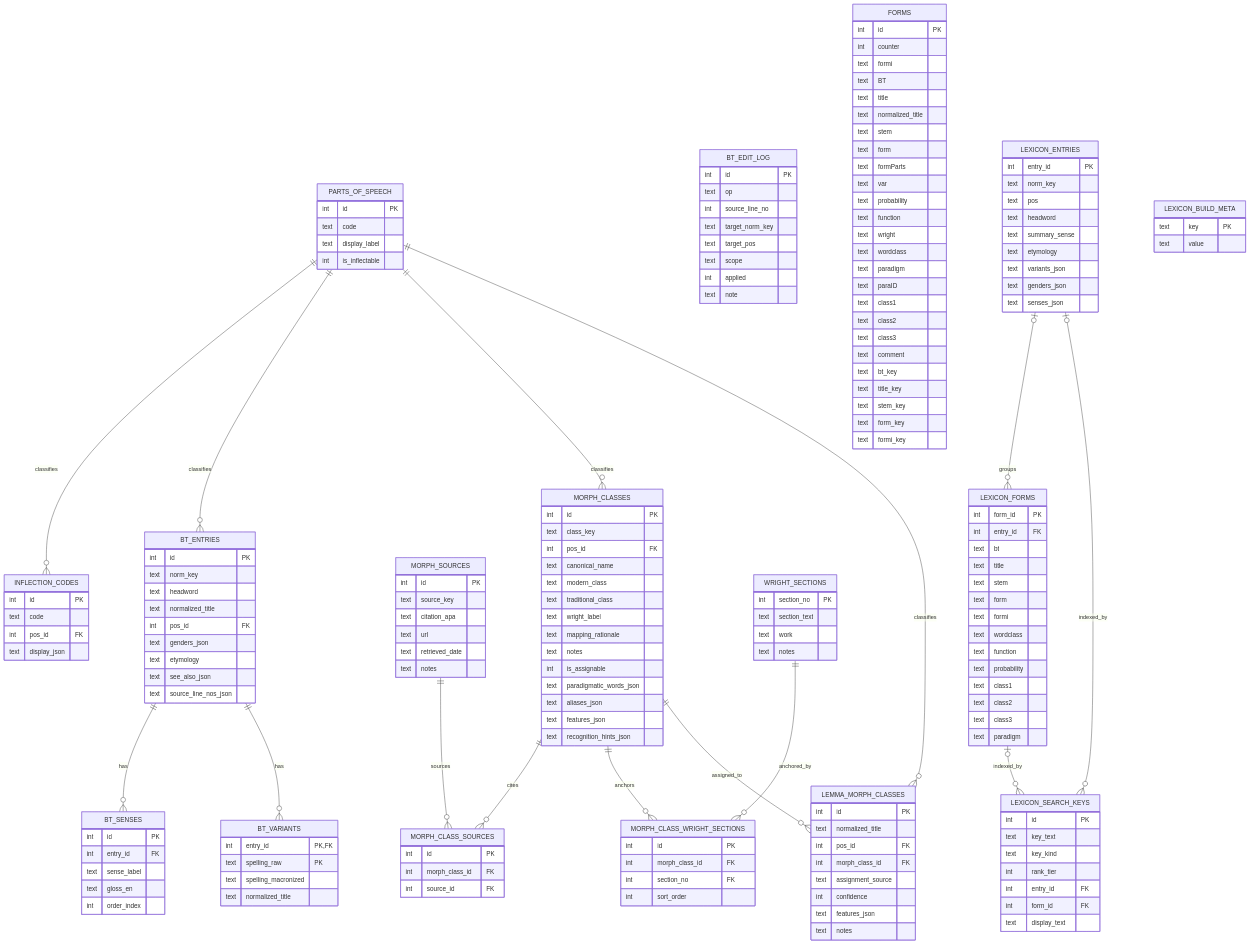
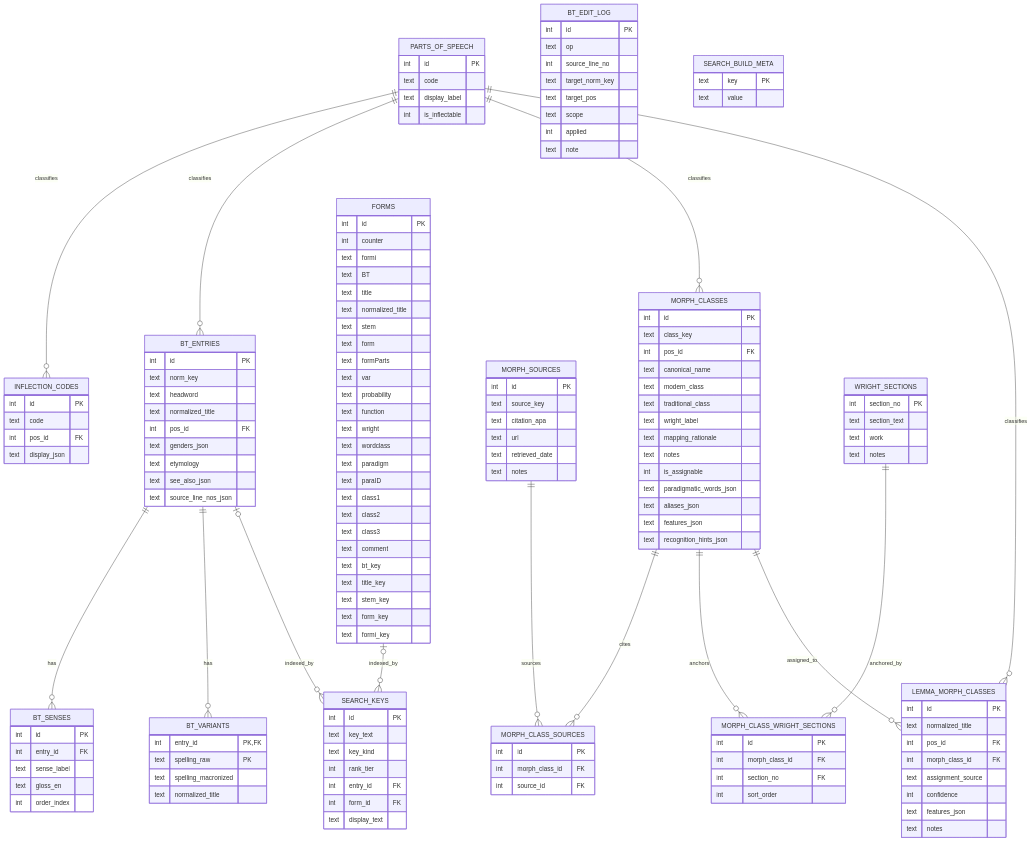
The diagram in doc/source/architecture/index.rst (cmalek/wyrdcraeft), drawn with Mermaid before and after one commit. The commit also changed other lines of this file and 1 other file, not shown here.

Commit message:
Phase C task 6: document search-index-only lexicon build.

```diff
--- a/doc/source/architecture/index.rst
+++ b/doc/source/architecture/index.rst
@@ -236,36 +236,7 @@
            text notes
        }
 
-       LEXICON_ENTRIES {
-           int entry_id PK
-           text norm_key
-           text pos
-           text headword
-           text summary_sense
-           text etymology
-           text variants_json
-           text genders_json
-           text senses_json
-       }
-
-       LEXICON_FORMS {
-           int form_id PK
-           int entry_id FK
-           text bt
-           text title
-           text stem
-           text form
-           text formi
-           text wordclass
-           text function
-           text probability
-           text class1
-           text class2
-           text class3
-           text paradigm
-       }
-
-       LEXICON_SEARCH_KEYS {
+       SEARCH_KEYS {
            int id PK
            text key_text
            text key_kind
@@ -275,7 +246,7 @@
            text display_text
        }
 
-       LEXICON_BUILD_META {
+       SEARCH_BUILD_META {
            text key PK
            text value
        }
@@ -294,6 +265,5 @@
        WRIGHT_SECTIONS ||--o{ MORPH_CLASS_WRIGHT_SECTIONS : anchored_by
        MORPH_CLASSES ||--o{ LEMMA_MORPH_CLASSES : assigned_to
 
-       LEXICON_ENTRIES o|--o{ LEXICON_FORMS : groups
-       LEXICON_ENTRIES o|--o{ LEXICON_SEARCH_KEYS : indexed_by
-       LEXICON_FORMS o|--o{ LEXICON_SEARCH_KEYS : indexed_by
+       BT_ENTRIES o|--o{ SEARCH_KEYS : indexed_by
+       FORMS o|--o{ SEARCH_KEYS : indexed_by
```
